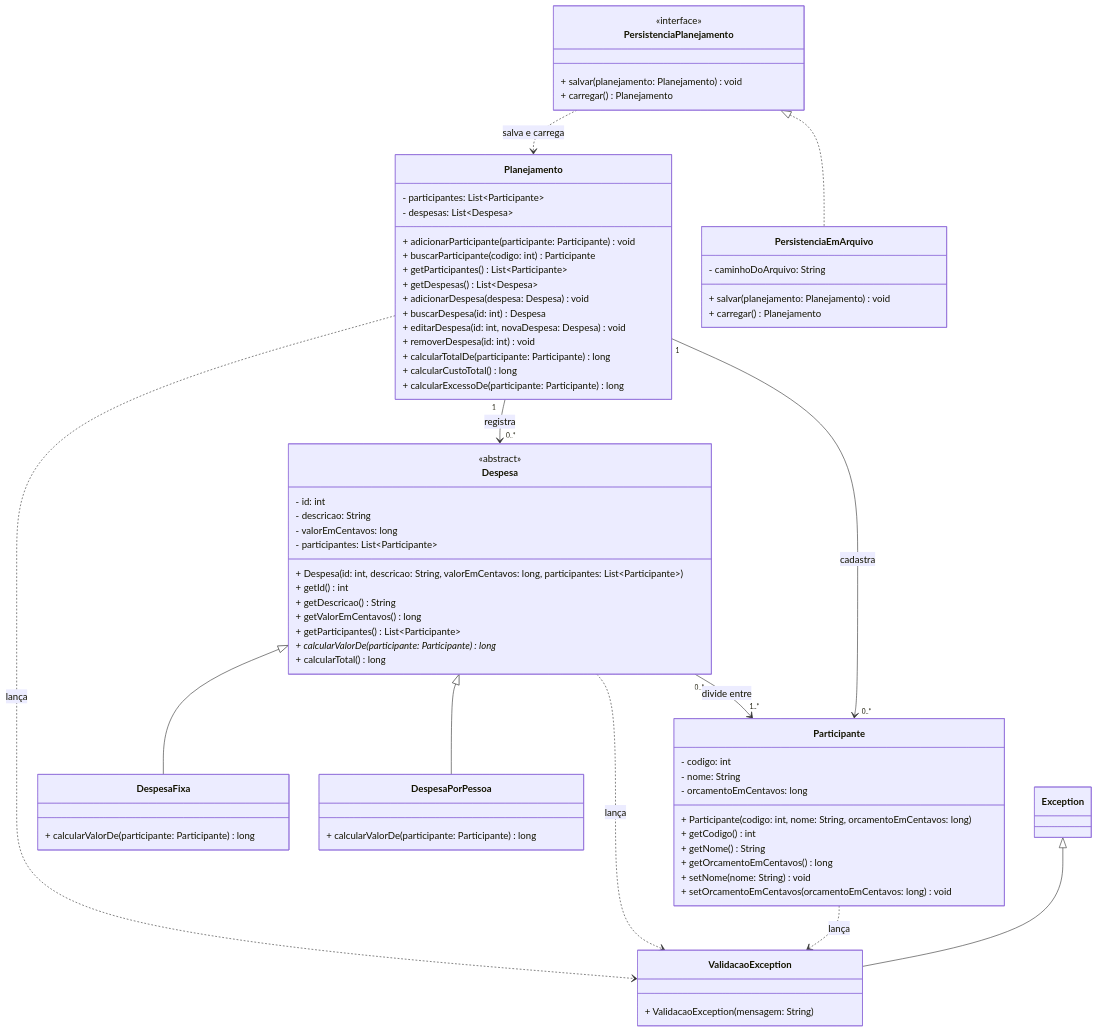
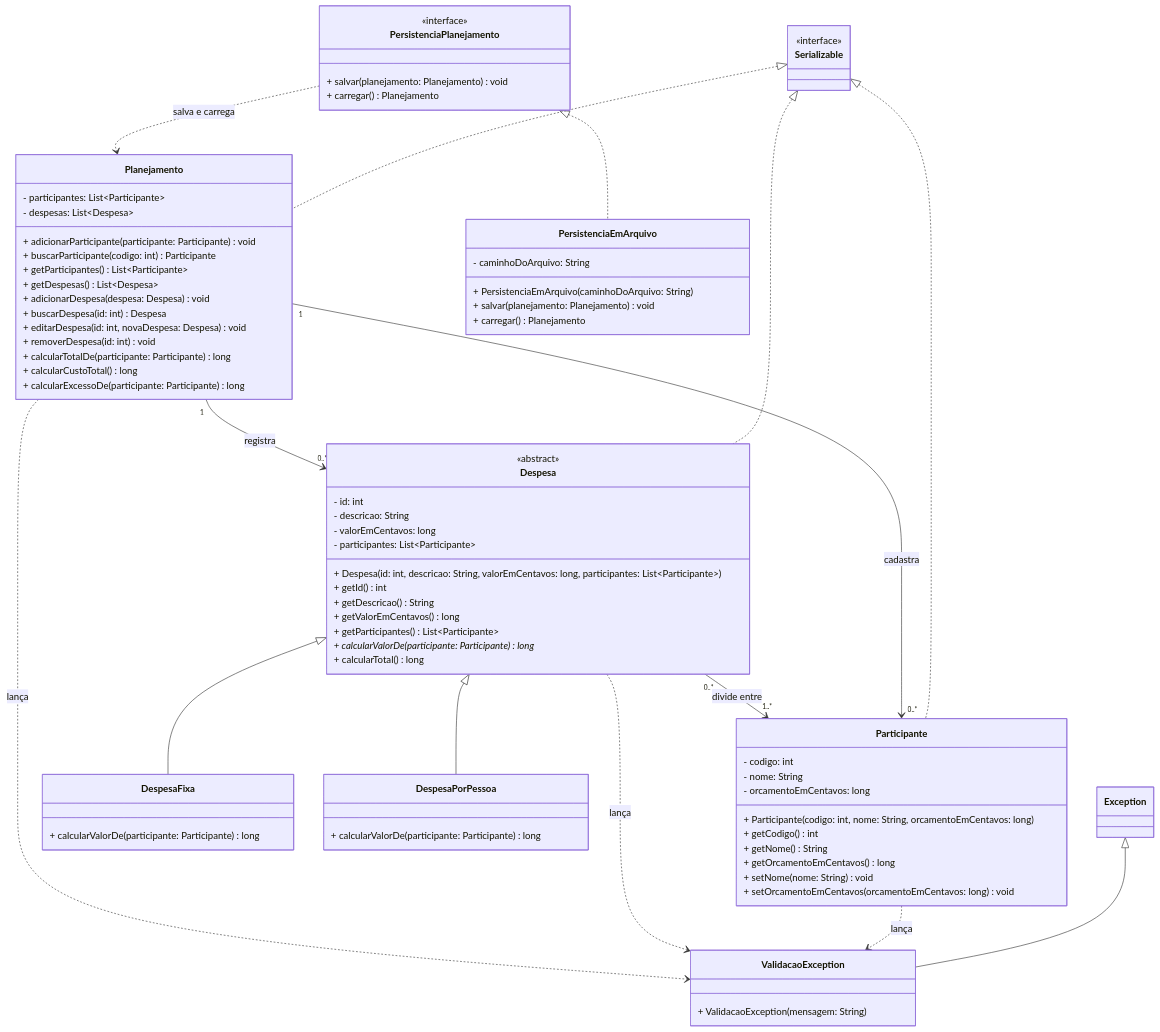
One commit to samuelbatista/unifor-poo-gestor-financas changed the diagram in docs/uml.md. Above: the diagram before and after it, drawn with Mermaid. The commit also changed other lines of this file and 7 other files, not shown here.

```diff
--- a/docs/uml.md
+++ b/docs/uml.md
@@ -103,8 +103,14 @@
     
     class PersistenciaEmArquivo {
         - caminhoDoArquivo: String
+        + PersistenciaEmArquivo(caminhoDoArquivo: String)
         + salvar(planejamento: Planejamento) void
         + carregar() Planejamento
+    }
+
+    class Serializable {
+        <<interface>>
+        %% Interface do Java sem métodos: só "marca" as classes que podem ser gravadas em arquivo
     }
 
     %% ===== Heranças =====
@@ -114,6 +120,9 @@
 
     %% ===== Implementações =====
     PersistenciaPlanejamento <|.. PersistenciaEmArquivo
+    Serializable <|.. Planejamento
+    Serializable <|.. Participante
+    Serializable <|.. Despesa
 
     %% ===== Associações =====
     Planejamento "1" --> "0..*" Participante : cadastra
```
